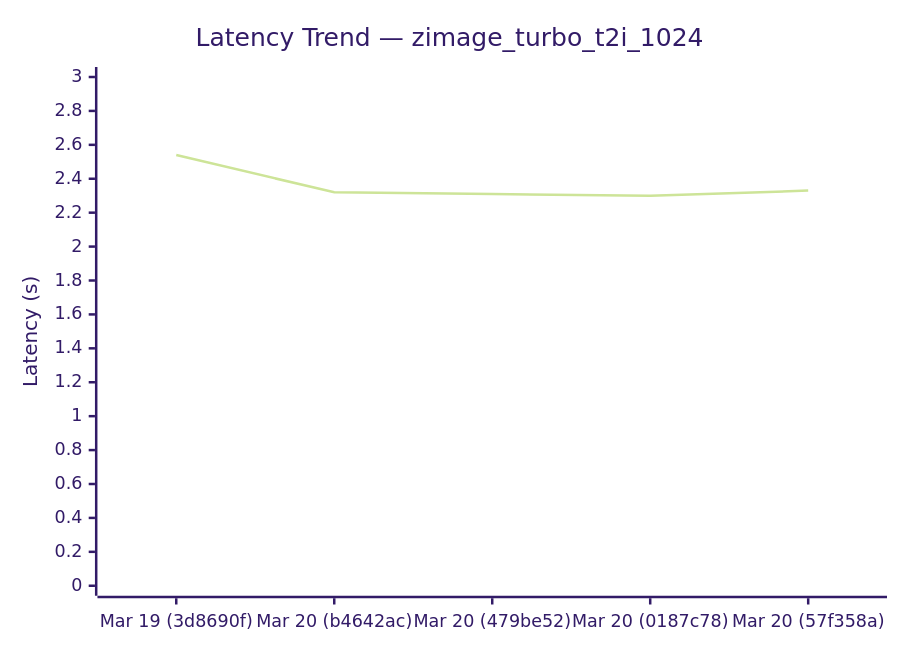
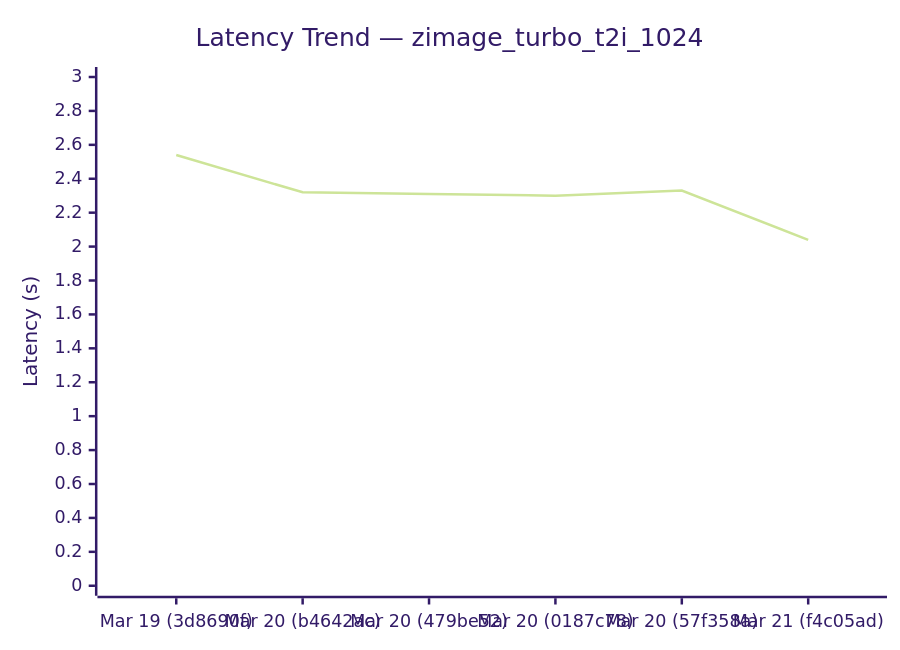
Before and after one commit to sglang-bot/sglang-ci-data: the fifth of 8 diagrams in diffusion-comparisons/dashboard.md, drawn with Mermaid (forest theme). The commit also changed other lines of this file and 1 other file, not shown here.

````diff
--- a/diffusion-comparisons/dashboard.md
+++ b/diffusion-comparisons/dashboard.md
@@ -82,7 +83,7 @@
 ```mermaid
 xychart-beta
   title "Latency Trend — zimage_turbo_t2i_1024"
-  x-axis ["Mar 19 (3d8690f)", "Mar 20 (b4642ac)", "Mar 20 (479be52)", "Mar 20 (0187c78)", "Mar 20 (57f358a)"]
+  x-axis ["Mar 19 (3d8690f)", "Mar 20 (b4642ac)", "Mar 20 (479be52)", "Mar 20 (0187c78)", "Mar 20 (57f358a)", "Mar 21 (f4c05ad)"]
   y-axis "Latency (s)" 0 --> 3
-  line [2.54, 2.32, 2.31, 2.30, 2.33]
+  line [2.54, 2.32, 2.31, 2.30, 2.33, 2.04]
 ```
````
